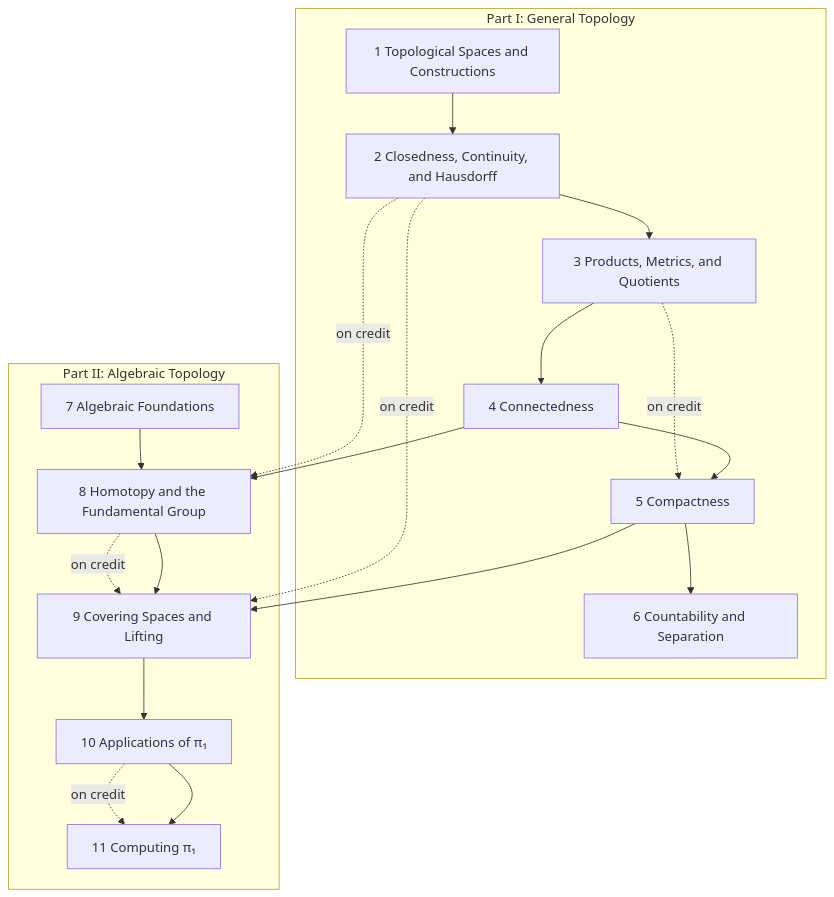
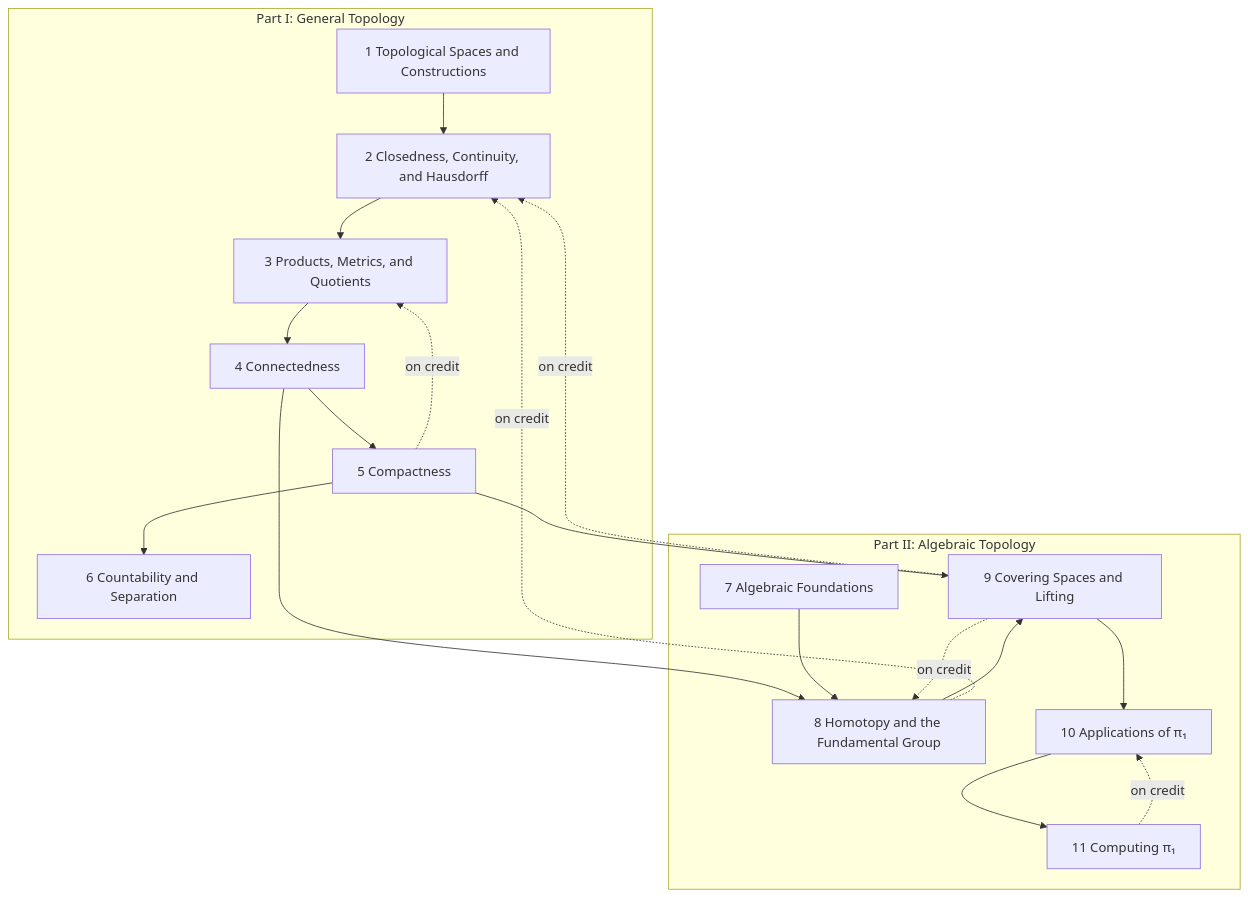
One commit to Onion20040508/notes changed the diagram in Math/Topology/Topology.md. Above: the diagram before and after it, drawn with Mermaid. The commit also changed 98 other files, not shown here.

````diff
--- a/Math/Topology/Topology.md
+++ b/Math/Topology/Topology.md
@@ -19,34 +19,34 @@
 ```mermaid
 graph TD
   subgraph P1["Part I: General Topology"]
     C1["1 Topological Spaces and Constructions"]
     C2["2 Closedness, Continuity, and Hausdorff"]
     C3["3 Products, Metrics, and Quotients"]
     C4["4 Connectedness"]
     C5["5 Compactness"]
     C6["6 Countability and Separation"]
   end
   subgraph P2["Part II: Algebraic Topology"]
     C7["7 Algebraic Foundations"]
     C8["8 Homotopy and the Fundamental Group"]
     C9["9 Covering Spaces and Lifting"]
     C10["10 Applications of π₁"]
     C11["11 Computing π₁"]
   end
   C1 --> C2
   C2 --> C3
   C3 --> C4
   C4 --> C5
   C4 --> C8
   C5 --> C6
   C5 --> C9
   C7 --> C8
   C8 --> C9
   C9 --> C10
   C10 --> C11
-  C3 -.->|on credit| C5
-  C2 -.->|on credit| C8
-  C2 -.->|on credit| C9
-  C8 -.->|on credit| C9
-  C10 -.->|on credit| C11
+  C5 -.->|on credit| C3
+  C8 -.->|on credit| C2
+  C9 -.->|on credit| C2
+  C9 -.->|on credit| C8
+  C11 -.->|on credit| C10
 ```
````
